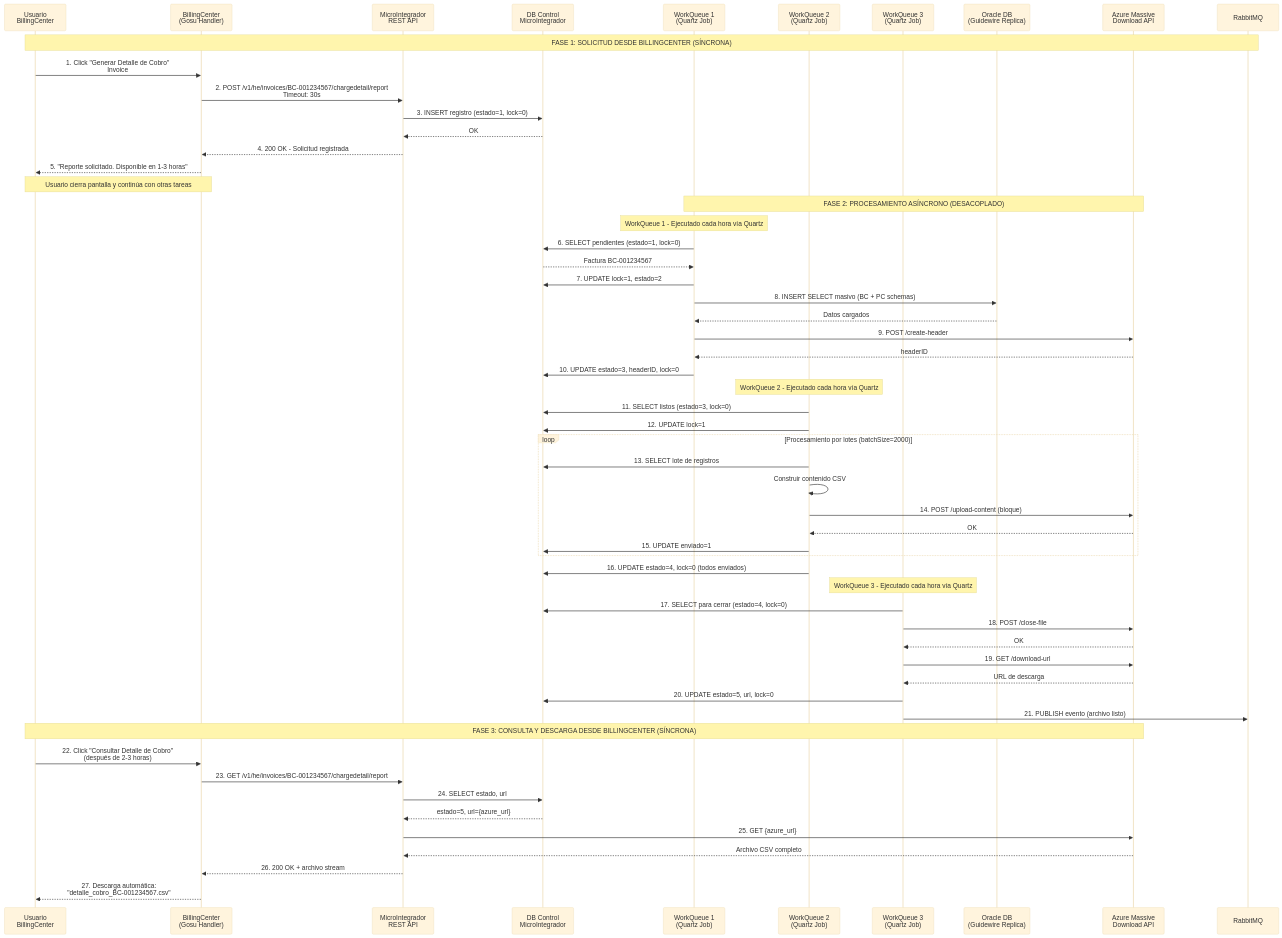
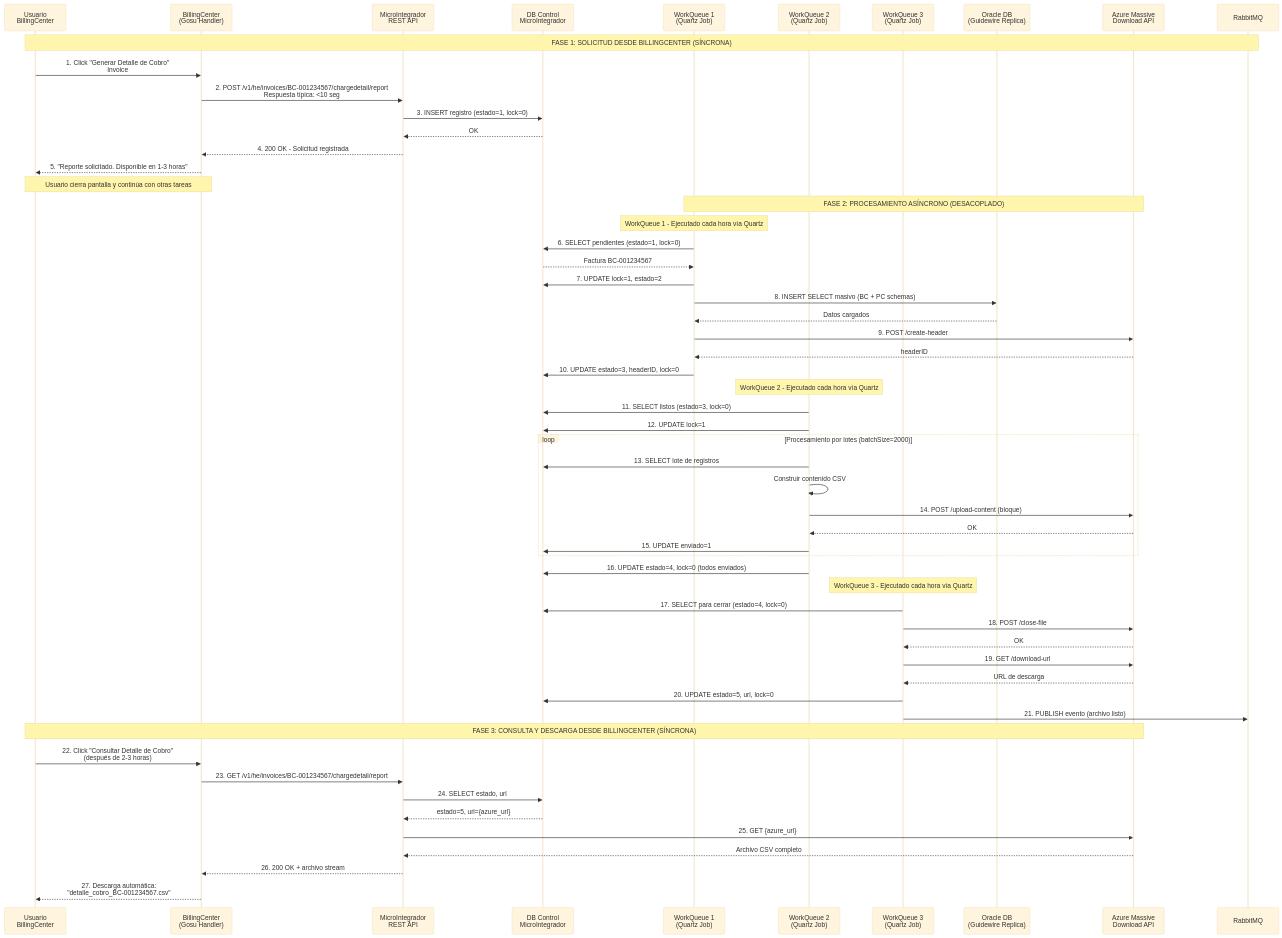
One commit to estebancolorado/MetodoCeibaSura changed the third of 10 diagrams in docs/architecture/flujo-generacion-reporte-detalle-cobro.md. Above: the diagram before and after it, drawn with Mermaid (base theme). The commit also changed other lines of this file, not shown here.

````diff
--- a/docs/architecture/flujo-generacion-reporte-detalle-cobro.md
+++ b/docs/architecture/flujo-generacion-reporte-detalle-cobro.md
@@ -524,70 +773,70 @@
 ```mermaid
 sequenceDiagram
     participant USER as Usuario<br/>BillingCenter
     participant BC as BillingCenter<br/>(Gosu Handler)
     participant MI_API as MicroIntegrador<br/>REST API
     participant MI_DB as DB Control<br/>MicroIntegrador
     participant WQ1 as WorkQueue 1<br/>(Quartz Job)
     participant WQ2 as WorkQueue 2<br/>(Quartz Job)
     participant WQ3 as WorkQueue 3<br/>(Quartz Job)
     participant GW as Oracle DB<br/>(Guidewire Replica)
     participant AZURE as Azure Massive<br/>Download API
     participant MQ as RabbitMQ
 
     Note over USER,MQ: FASE 1: SOLICITUD DESDE BILLINGCENTER (SÍNCRONA)
 
     USER->>BC: 1. Click "Generar Detalle de Cobro"<br/>Invoice #BC-001234567
-    BC->>MI_API: 2. POST /v1/he/invoices/BC-001234567/chargedetail/report<br/>Timeout: 30s
+    BC->>MI_API: 2. POST /v1/he/invoices/BC-001234567/chargedetail/report<br/>Respuesta típica: <10 seg
     MI_API->>MI_DB: 3. INSERT registro (estado=1, lock=0)
     MI_DB-->>MI_API: OK
     MI_API-->>BC: 4. 200 OK - Solicitud registrada
     BC-->>USER: 5. "Reporte solicitado. Disponible en 1-3 horas"
 
     Note over USER,BC: Usuario cierra pantalla y continúa con otras tareas
 
     Note over WQ1,AZURE: FASE 2: PROCESAMIENTO ASÍNCRONO (DESACOPLADO)
 
     Note over WQ1: WorkQueue 1 - Ejecutado cada hora vía Quartz
     WQ1->>MI_DB: 6. SELECT pendientes (estado=1, lock=0)
     MI_DB-->>WQ1: Factura BC-001234567
     WQ1->>MI_DB: 7. UPDATE lock=1, estado=2
     WQ1->>GW: 8. INSERT SELECT masivo (BC + PC schemas)
     GW-->>WQ1: Datos cargados
     WQ1->>AZURE: 9. POST /create-header
     AZURE-->>WQ1: headerID
     WQ1->>MI_DB: 10. UPDATE estado=3, headerID, lock=0
 
     Note over WQ2: WorkQueue 2 - Ejecutado cada hora vía Quartz
     WQ2->>MI_DB: 11. SELECT listos (estado=3, lock=0)
     WQ2->>MI_DB: 12. UPDATE lock=1
     
     loop Procesamiento por lotes (batchSize=2000)
         WQ2->>MI_DB: 13. SELECT lote de registros
         WQ2->>WQ2: Construir contenido CSV
         WQ2->>AZURE: 14. POST /upload-content (bloque)
         AZURE-->>WQ2: OK
         WQ2->>MI_DB: 15. UPDATE enviado=1
     end
     
     WQ2->>MI_DB: 16. UPDATE estado=4, lock=0 (todos enviados)
 
     Note over WQ3: WorkQueue 3 - Ejecutado cada hora vía Quartz
     WQ3->>MI_DB: 17. SELECT para cerrar (estado=4, lock=0)
     WQ3->>AZURE: 18. POST /close-file
     AZURE-->>WQ3: OK
     WQ3->>AZURE: 19. GET /download-url
     AZURE-->>WQ3: URL de descarga
     WQ3->>MI_DB: 20. UPDATE estado=5, url, lock=0
     WQ3->>MQ: 21. PUBLISH evento (archivo listo)
 
     Note over USER,AZURE: FASE 3: CONSULTA Y DESCARGA DESDE BILLINGCENTER (SÍNCRONA)
 
     USER->>BC: 22. Click "Consultar Detalle de Cobro"<br/>(después de 2-3 horas)
     BC->>MI_API: 23. GET /v1/he/invoices/BC-001234567/chargedetail/report
     MI_API->>MI_DB: 24. SELECT estado, url
     MI_DB-->>MI_API: estado=5, url={azure_url}
     MI_API->>AZURE: 25. GET {azure_url}
     AZURE-->>MI_API: Archivo CSV completo
     MI_API-->>BC: 26. 200 OK + archivo stream
     BC-->>USER: 27. Descarga automática:<br/>"detalle_cobro_BC-001234567.csv"
 ```
````
